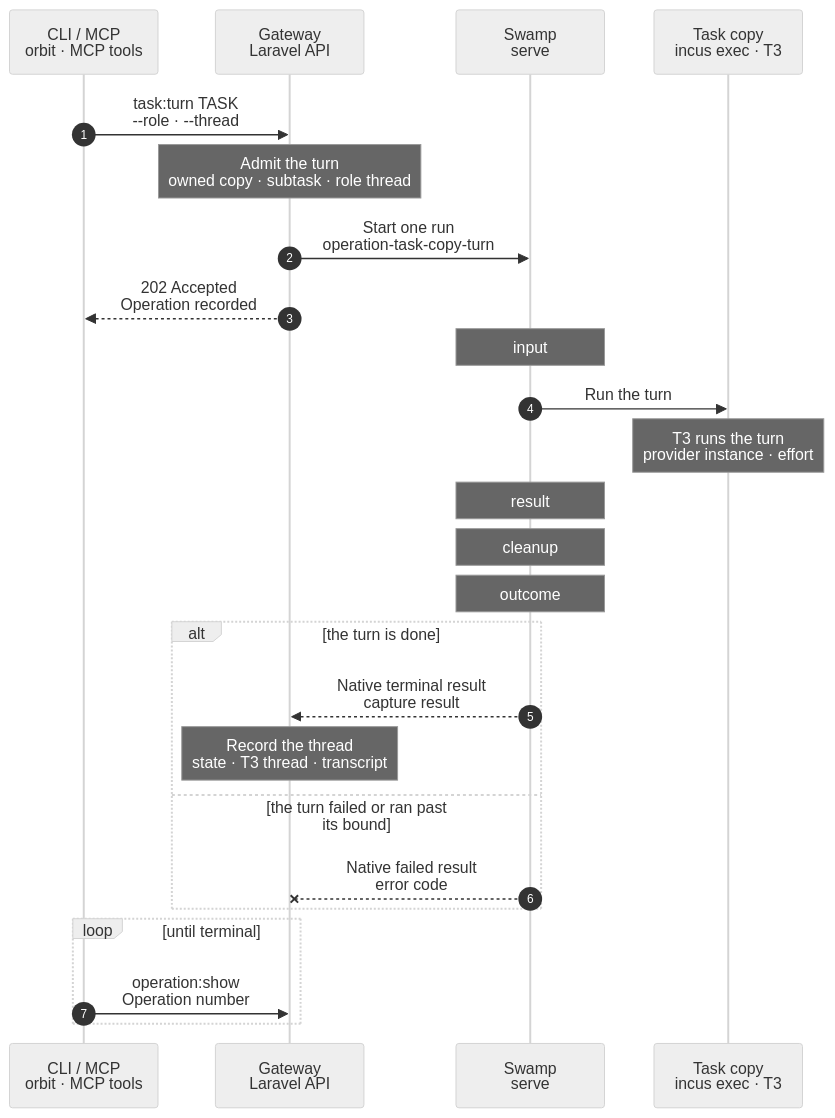
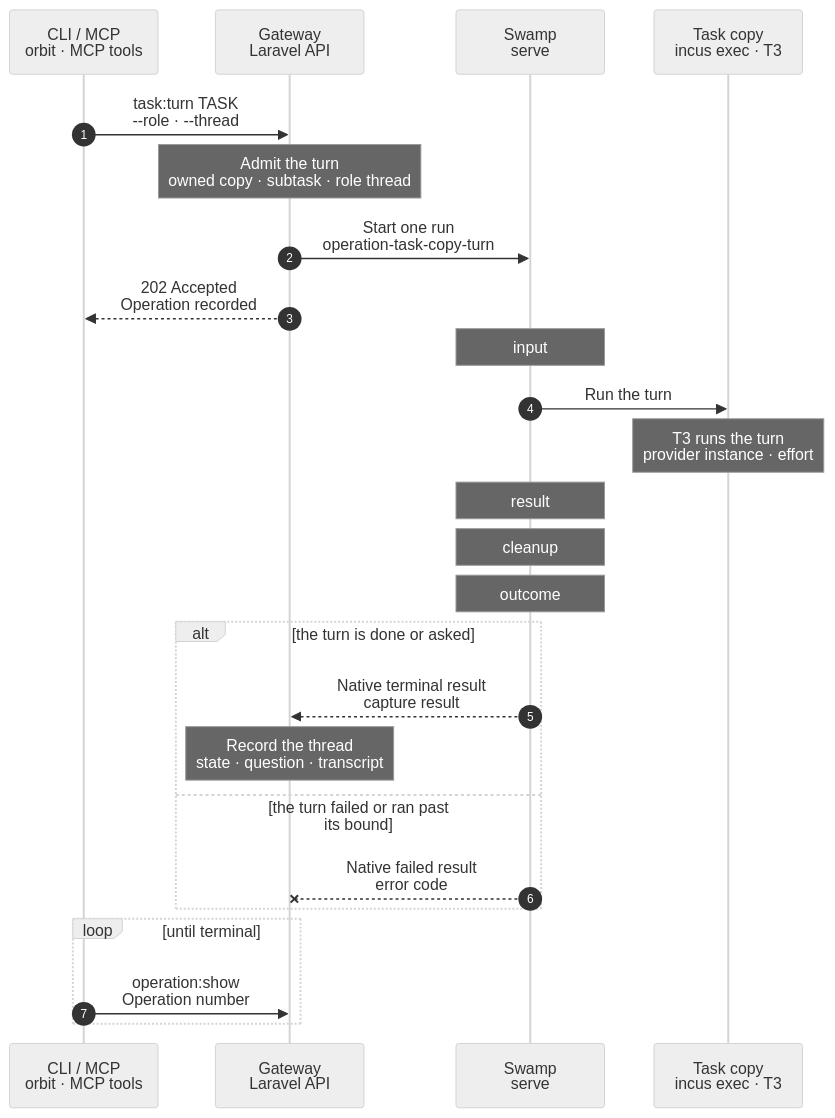
Before and after one commit to hardimpactdev/orbit: the diagram in docs/cli/task/copy-turn.mmd, drawn with Mermaid (neutral theme).

Commit message:
docs(tasks): a copy turn's question ends the turn; the result names provider, model and effort
The copy-turn chart shows the real question path: Orbit stores the
question, then stops the run through the stock T3 server's own RPC, and
the answer comes as the next turn. One settled rule covers asking and
cut turns.

```diff
--- a/docs/cli/task/copy-turn.mmd
+++ b/docs/cli/task/copy-turn.mmd
@@ -1,85 +1,93 @@
 sequenceDiagram
-  %% Target design (orchestrator, 2026-11-13, plan A; 2026-11-14 one ongoing thread per role, continued by default, effort per role through T3 provider instances): a turn of a task that runs in a copy of its Project's default Instance. Swamp runs T3's own CLI in the copy as agent; stock T3 accepts only full-access MCP sessions it issues itself, so no T3 session leaves the container. The implementer and the reviewer each keep one T3 thread that later turns continue.
+  %% Target design (orchestrator, 2026-11-13, plan A; 2026-11-14 one ongoing thread per role, continued by default, effort per role through T3 provider instances): a turn of a task that runs in a copy of its Project's default Instance. Swamp runs T3's own CLI in the copy as agent; stock T3 accepts only full-access MCP sessions it issues itself, so no T3 session leaves the container. The implementer and the reviewer each keep one T3 thread that later turns continue. 2026-11-14: a question ends the turn: Orbit stores it, then stops the run through the stock T3 server's own RPC, and the answer comes as the next turn.
   %% status: draft
   %% command: task:turn
   %% kind: tasks.copy_turn
   autonumber
   %% lane CLI icon=terminal pill=caller tone=gray
   %% lane GW icon=gateway pill=intent tone=blue
   %% lane SW icon=workflow pill=executes tone=green
   %% lane N icon=server pill=target tone=amber
   participant CLI as CLI / MCP<br/>orbit · MCP tools
   participant GW as Gateway<br/>Laravel API
   participant SW as Swamp<br/>serve
   participant N as Task copy<br/>incus exec · T3
   CLI->>GW: task:turn TASK<br/>--role · --thread
   %%> Command:
   %%> - `orbit task:turn SUBTASK --role=implementer --prompt="Run Doctor and commit a note."`
   %%> - `orbit task:turn SUBTASK --role=implementer --prompt="Start over from the brief." --thread=new`
   %%> - `orbit task:turn SUBTASK --role=reviewer --prompt="Review the checked commit." --check=CHECK`
   Note over GW: Admit the turn<br/>owned copy · subtask · role thread
   %%> What it does:
   %%> - a group that owns a task copy, or whose Project has `nested_fleet` on, turns in its copy as `tasks.copy_turn`; every other group takes the task VM turn (`turn.mmd`). A nested-fleet group without a copy refuses here with `tasks.no_workspace`
   %%> - composes the prompt as for a task VM turn: the title, brief and deliverables of the subtask, then the caller's prompt. A reviewer's prompt also names the checked commit
+  %%> - an implementer's prompt says how to ask: with the question tool; a question ends the turn, and the answer comes as the next turn
+  %%> - a turn that continues a thread whose last turn asked quotes that question, each with its options, before the caller's prompt: the prompt is the answer
   %%> - without `--thread`, the turn continues its role's thread: the implementer's thread of the current subtask, or the group's reviewer thread, when it is a `t3` thread of this copy. A role with no such thread starts one. `--thread=new` starts a new one; `--thread=ID` must name the thread the turn would continue
   %%> - a new thread records the driver `t3`, the copy's Node, the role's copy model (`ORBIT_TASKS_COPY_IMPLEMENTER_MODEL` or `ORBIT_TASKS_COPY_REVIEWER_MODEL`, each `claude-opus-5-5` by default) and the role's effort (`ORBIT_TASKS_IMPLEMENTER_EFFORT`, default `medium`, or `ORBIT_TASKS_REVIEWER_EFFORT`, default `high`). The T3 provider instance of that effort carries it, as `claudeMedium` or `claudeHigh`
   %%> - a continued thread keeps its model and effort: T3 keeps the thread's provider instance
   %%> - a reviewer turn names the subtask's checked candidate with `--check`, as on a task VM; the commit goes into the turn
   %%> - the intent names the copy's container, the T3 command, whether the turn starts or continues its thread, the provider instance and model, the candidate, the 3,600 s bound and a title that names the Orbit thread; no credential and no vault key
   %%> Requirements:
   %%> - the group owns its copy and the copy is `active`; otherwise `tasks.no_workspace` or `tasks.copy_not_ready`, and nothing is recorded
   %%> - an implementer or reviewer turn with no caller's model; a consult or `--model` answers `tasks.copy_turn_unsupported`
   %%> - `--thread=ID` names the role's thread that the turn would continue; otherwise `tasks.thread_role_mismatch`
   %%> - a reviewer's check is the subtask's checked candidate; otherwise `tasks.commit_not_checked`
   %%> - the role's copy model is a model name, and the role's effort is `low`, `medium`, `high`, `xhigh` or `max`; otherwise `tasks.copy_turn_model_invalid` or `tasks.copy_turn_effort_invalid`
   %%> - no other Operation of the group runs; otherwise `operation.target_busy`
-  %%> - no earlier turn of the group may still run in the copy: the latest turn of each thread whose run started but whose result does not show T3's run over answers `tasks.copy_turn_unended` with its Operation in `details.operation_id`; a check of the copy refuses the same way, until `task:cancel`. One case passes: a turn that ended `waiting` for an answer does not hold a turn that continues its own thread, so the answer can be sent (that `t3 thread send` answers a waiting run is an assumption read from T3 0.1.7's CLI). A reviewer turn whose checkout is not restored holds the same way: its result is not over
+  %%> - no earlier turn of the group may still run in the copy. A turn is settled when T3 shows its thread with no active run and a reviewer's checkout is restored, clean on its branch at its tip. The latest turn of each thread whose result is not settled answers `tasks.copy_turn_unended` with its Operation in `details.operation_id`, unless T3 in the copy now shows it settled; a check of the copy refuses the same way. A turn that asked and whose run Orbit stopped is settled, so it holds nothing
   GW->>SW: Start one run<br/>operation-task-copy-turn
   GW-->>CLI: 202 Accepted<br/>Operation recorded
   %%> Result:
   %%> - follow the Operation while Swamp runs the turn
   Note over SW: input
   %%> What it does:
   %%> - writes the copy's container, the SSH target and the turn into the private run folder
   SW->>N: Run the turn
   %%> What it does:
   %%> - one Ansible phase on the copy's Node: `incus exec` into the copy, then `runuser -u agent`, non-login, with the agent's groups
   %%> - first one `true` in the copy: a copy the phase cannot reach fails before anything is launched, so its group stays free
   %%> - a continued turn first finds its T3 thread by its title with `t3 thread list`. A list that fails or is not JSON fails with `tasks.copy_turn_failed`; when T3 holds not exactly one thread of the title, the phase fails with `tasks.copy_thread_missing`. Nothing is launched
   %%> - a reviewer turn then requires a clean checkout on a branch, reads the branch's tip and checks the candidate out, detached; a checkout with changes fails with `tasks.copy_tree_dirty` before anything is launched. The detach mark is written as soon as the checkout is detached
   %%> - a new thread: `t3 thread start --provider --model --title --wait --json /srv/workspace -`; a continued one: `t3 thread send --wait --json THREAD -`. The prompt goes on stdin, bounded by `timeout` at 3,600 s
   %%> - `t3 thread list` finds the thread by its title, also when the bound cut the wait; `t3 thread show --json` reads it back. Each read is bounded at 60 s
   %%> - after a reviewer turn, also a failed or cut one, the phase discards what the reviewer changed and checks the branch out again, then reads that the checkout is clean, on its branch, and that the branch is at the tip read before the detach
-  %%> - writes each evidence file as soon as its command ends: the thread found to continue, the reviewer's checkout, the detach mark, the launch mark, the start's end, the read, the restore; a cut phase still tells whether a turn was launched
+  %%> - a run that waits for an answer (`--wait` exits 2): first `t3_copy_rpc.mjs read` stores the thread's pending requests, each question with its id, header, text and options exactly as the agent asked them. Only after that evidence is written, `t3_copy_rpc.mjs interrupt` stops that run with T3's `run.interrupt` and waits up to 30 s for it to end. Each is bounded at 60 s; a run that someone answered meanwhile is not stopped
+  %%> - the helper runs on the copy's Node.js runtime, from stdin. It speaks the stock T3 server's own WebSocket RPC (`orchestration.getThreadProjection`, `orchestration.dispatchCommand`) with a session from `t3 auth session issue`: read-only for the read, one minute, held only in the helper's memory, revoked before it exits. T3 stays stock
+  %%> - writes each evidence file as soon as its command ends: the thread found to continue, the reviewer's checkout, the detach mark, the launch mark, the start's end, the question, the interrupt, the read, the restore; a cut phase still tells whether a turn was launched
   %%> - T3's CLI issues its own full-access session inside the copy and revokes it when it exits; the replies stay in the run folder, never in a log
   Note over N: T3 runs the turn<br/>provider instance · effort
   %%> What it does:
   %%> - the copy's T3 settings hold one `claudeAgent` provider instance per effort level, `claudeLow` to `claudeMax`, each with `CLAUDE_CODE_EFFORT_LEVEL` in its environment; the copy's create writes them
   %%> - Claude Code takes that variable over the `--effort` T3 passes, so the thread runs at its recorded effort: verified with Claude Code 2.1.311 and T3 0.1.7
   Note over SW: result
   %%> What it does:
   %%> - maps the run's status: `completed` is done, `waiting` asks for input, any other status fails with `tasks.turn_failed`, a cut wait fails with `tasks.turn_timeout`, a start that T3 refused fails with `tasks.copy_turn_failed`, a thread to continue that T3 does not hold fails with `tasks.copy_thread_missing`
+  %%> - a turn that asks keeps its question in the result. Its run stopped, it is `asking_for_input` and over. A question Orbit could not read fails with `tasks.copy_question_unread`, and a run Orbit could not stop with `tasks.copy_question_unstopped`; neither is over
+  %%> - names the thread's provider instance and model as T3 shows them
   %%> - a reviewer turn with the detach mark and no restore that reads clean on its branch at its tip fails with `tasks.copy_review_unrestored`, whatever its run did, also when it failed or nothing was launched; the error keeps the run's own error
   %%> - keeps the message text of the thread, all its turns, redacted and bounded to 256 KiB with the newest kept; T3's CLI gives no tool items and no token use
-  %%> - records whether the turn is over: nothing was launched, the start printed an end other than a wait for an answer, or T3 lists no thread of this title or lists it in no active state. An unrestored reviewer turn is never over, so it holds its group until `task:cancel`
+  %%> - records whether the turn is over: nothing was launched, the start printed an end other than a wait for an answer, or T3 lists no thread of this title or lists it in no active state, which a stopped run is not. An unrestored reviewer turn is never over
   Note over SW: cleanup
   %%> What it does:
   %%> - removes the private run folder
   Note over SW: outcome
   %%> What it does:
-  %%> - native assert: the turn is done
-  alt the turn is done
+  %%> - native assert: the turn is done, or it asked and its run stopped
+  alt the turn is done or asked
     SW-->>GW: Native terminal result<br/>capture result
-    Note over GW: Record the thread<br/>state · T3 thread · transcript
+    Note over GW: Record the thread<br/>state · question · transcript
     %%> Result:
     %%> - the thread's state and error, T3's thread id as its external id, and the transcript in the Gateway's archive: `task:agent:show` reads it after the copy is gone
+    %%> - a turn that asked keeps its question on the thread: `task:agent:list` shows it until the thread's next turn. The answer is the next `task:turn` of the role, or a message to the thread from a T3 client
+    %%> - the result names the provider instance, the model and the effort: the effort is the one the provider instance carries
     %%> - token metrics stay null
   else the turn failed or ran past its bound
     SW--xGW: Native failed result<br/>error code
     %%> Result:
     %%> - the thread is `failed` with T3's status as its error, and the transcript T3 had
-    %%> - a turn cut by its bound, a cancelled turn or a lost phase may still run in the copy: the stock CLI cannot stop a run. The group then refuses more turns and checks with `tasks.copy_turn_unended`; `task:cancel` destroys the copy, and the run ends with it
+    %%> - a turn cut by its bound, a cancelled turn or a lost phase may still run in the copy. Orbit stops only a run that asks. The group refuses more turns and checks with `tasks.copy_turn_unended` until T3 in the copy shows the run over and the checkout restored; the work stays in the copy. `task:cancel` still ends it with the copy
   end
   loop until terminal
     CLI->>GW: operation:show<br/>Operation number
   end
```
